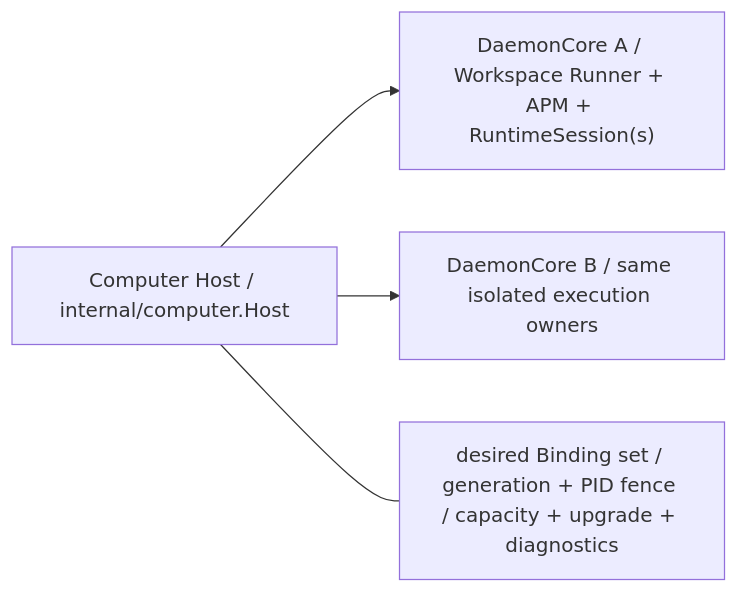
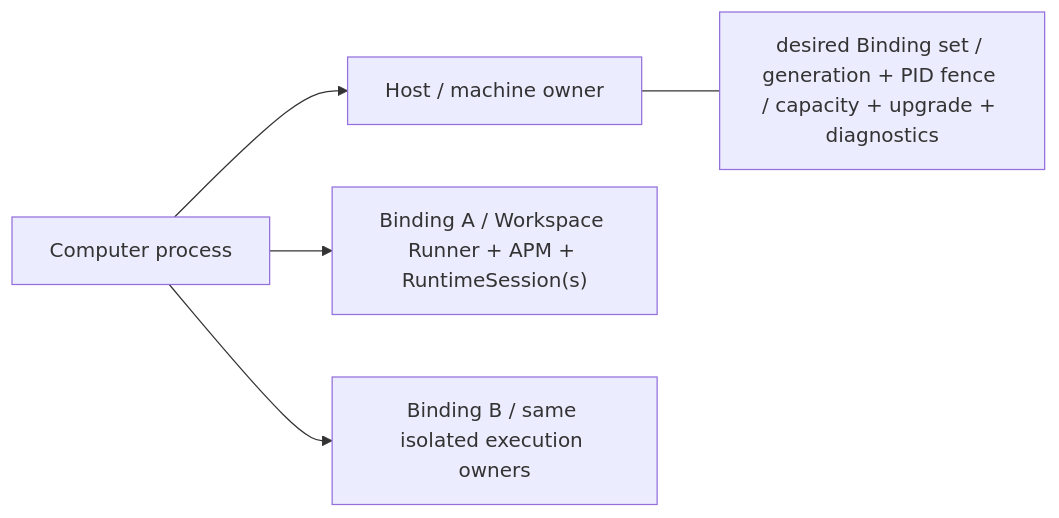
One commit to LRM-Teams/multica changed the second of 6 diagrams in docs/raft-v1.0.16-multica-architecture-comparison.md. Above: the diagram before and after it, drawn with Mermaid. The commit also changed other lines of this file and 60 other files, not shown here.

First line of the commit message:
feat(computer): align runner control with Raft process model

````diff
--- a/docs/raft-v1.0.16-multica-architecture-comparison.md
+++ b/docs/raft-v1.0.16-multica-architecture-comparison.md
@@ -33,8 +33,9 @@
 ```mermaid
 flowchart LR
-    H["Computer Host / internal/computer.Host"]
-    H --> A["DaemonCore A / Workspace Runner + APM + RuntimeSession(s)"]
-    H --> B["DaemonCore B / same isolated execution owners"]
+    P["Computer process"]
+    P --> H["Host / machine owner"]
+    P --> A["Binding A / Workspace Runner + APM + RuntimeSession(s)"]
+    P --> B["Binding B / same isolated execution owners"]
 
     H --- HP["desired Binding set / generation + PID fence / capacity + upgrade + diagnostics"]
 ```
````
